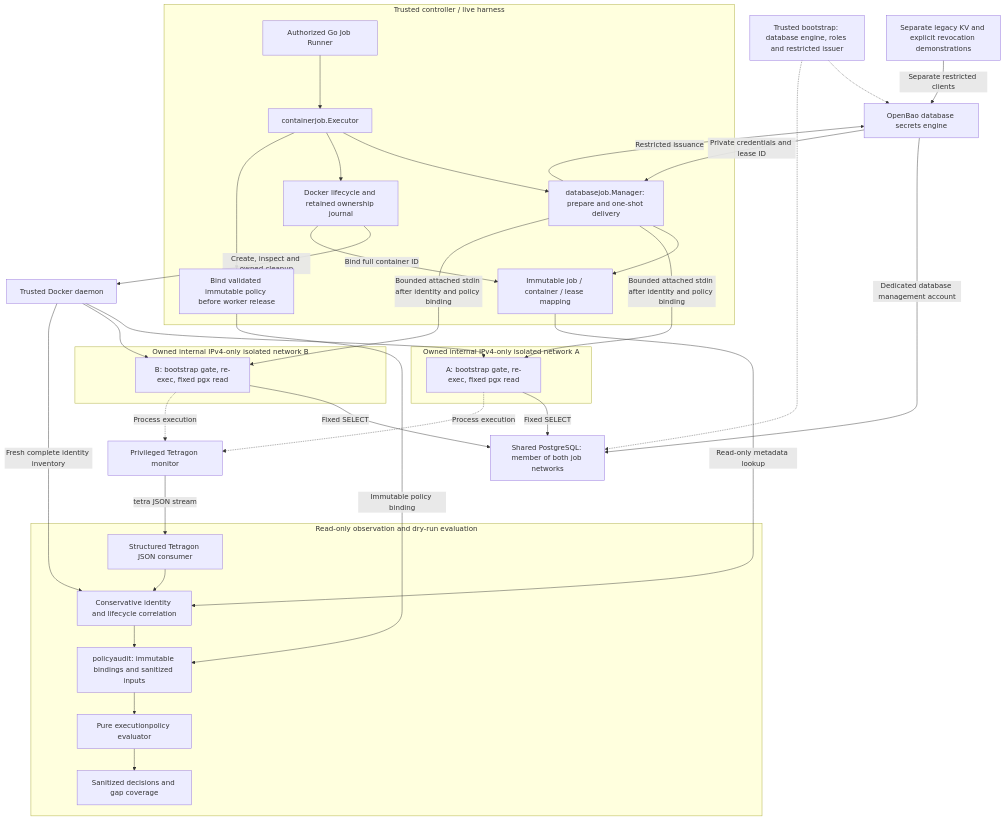
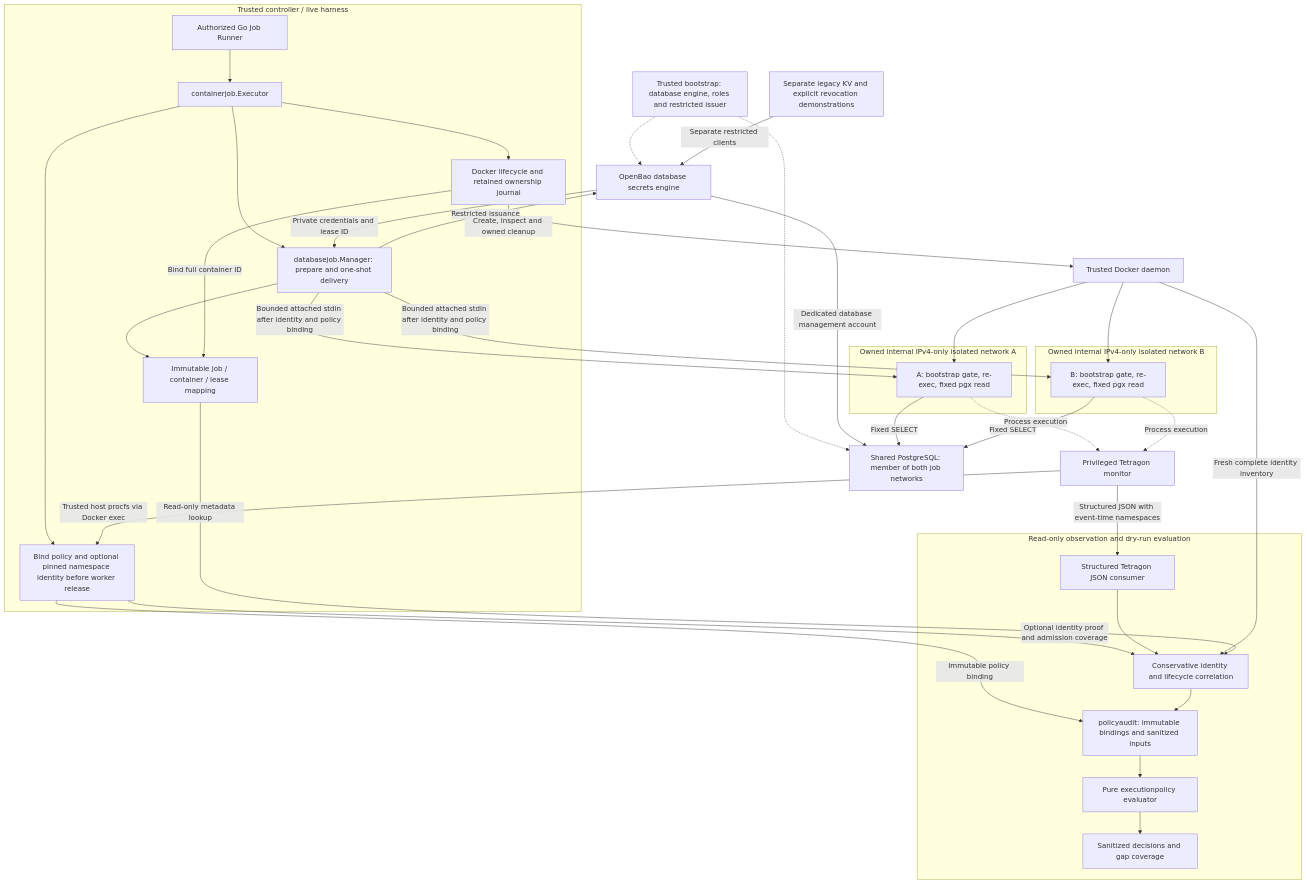
One commit to grdamico/runawaybao changed the diagram in docs/architecture.md. Above: the diagram before and after it, drawn with Mermaid. The commit also changed other lines of this file and 15 other files, not shown here.

Commit message:
feat(identity): verify Tetragon events using pinned workload namespaces

````diff
--- a/docs/architecture.md
+++ b/docs/architecture.md
@@ -28,59 +28,61 @@
 ```mermaid
 flowchart TB
     Setup["Trusted bootstrap: database engine, roles and restricted issuer"]
     subgraph Controller["Trusted controller / live harness"]
         Runner["Authorized Go Job Runner"]
         Coordinator["containerjob.Executor"]
         Manager["databasejob.Manager: prepare and one-shot delivery"]
         Registry["Immutable job / container / lease mapping"]
         Workloads["Docker lifecycle and retained ownership journal"]
-        Admission["Bind validated immutable policy before worker release"]
+        Admission["Bind policy and optional pinned namespace identity before worker release"]
     end
     subgraph Observer["Read-only observation and dry-run evaluation"]
         Consumer["Structured Tetragon JSON consumer"]
         Correlator["Conservative identity and lifecycle correlation"]
         Adapter["policyaudit: immutable bindings and sanitized inputs"]
         Policy["Pure executionpolicy evaluator"]
         Audit["Sanitized decisions and gap coverage"]
     end
     Bao["OpenBao database secrets engine"]
     PG["Shared PostgreSQL: member of both job networks"]
     Docker["Trusted Docker daemon"]
     Tetragon["Privileged Tetragon monitor"]
     subgraph NetA["Owned internal IPv4-only isolated network A"]
         A["A: bootstrap gate, re-exec, fixed pgx read"]
     end
     subgraph NetB["Owned internal IPv4-only isolated network B"]
         B["B: bootstrap gate, re-exec, fixed pgx read"]
     end
     Legacy["Separate legacy KV and explicit revocation demonstrations"]
     Setup -.-> Bao
     Setup -.-> PG
     Runner --> Coordinator
     Coordinator --> Manager
     Coordinator --> Workloads
     Coordinator --> Admission
     Manager -->|"Restricted issuance"| Bao
     Bao -->|"Private credentials and lease ID"| Manager
     Bao -->|"Dedicated database management account"| PG
     Manager --> Registry
     Workloads -->|"Create, inspect and owned cleanup"| Docker
     Workloads -->|"Bind full container ID"| Registry
     Admission -->|"Immutable policy binding"| Adapter
+    Tetragon -->|"Trusted host procfs via Docker exec"| Admission
+    Admission -->|"Optional identity proof and admission coverage"| Correlator
     Manager -->|"Bounded attached stdin after identity and policy binding"| A
     Manager -->|"Bounded attached stdin after identity and policy binding"| B
     Docker --> A
     Docker --> B
     A -->|"Fixed SELECT"| PG
     B -->|"Fixed SELECT"| PG
     A -.->|"Process execution"| Tetragon
     B -.->|"Process execution"| Tetragon
-    Tetragon -->|"tetra JSON stream"| Consumer
+    Tetragon -->|"Structured JSON with event-time namespaces"| Consumer
     Consumer --> Correlator
     Docker -->|"Fresh complete identity inventory"| Correlator
     Registry -->|"Read-only metadata lookup"| Correlator
     Correlator --> Adapter
     Adapter --> Policy
     Policy --> Audit
     Legacy -->|"Separate restricted clients"| Bao
 ```
````
